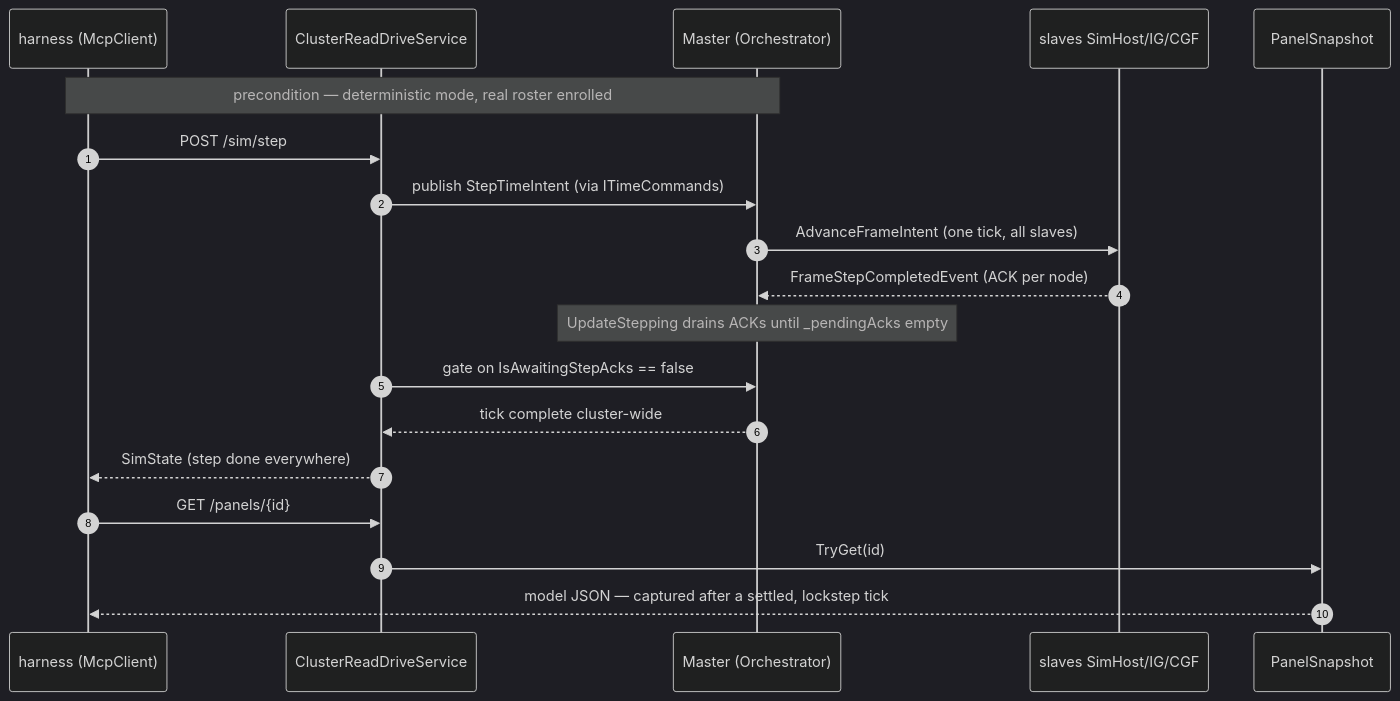
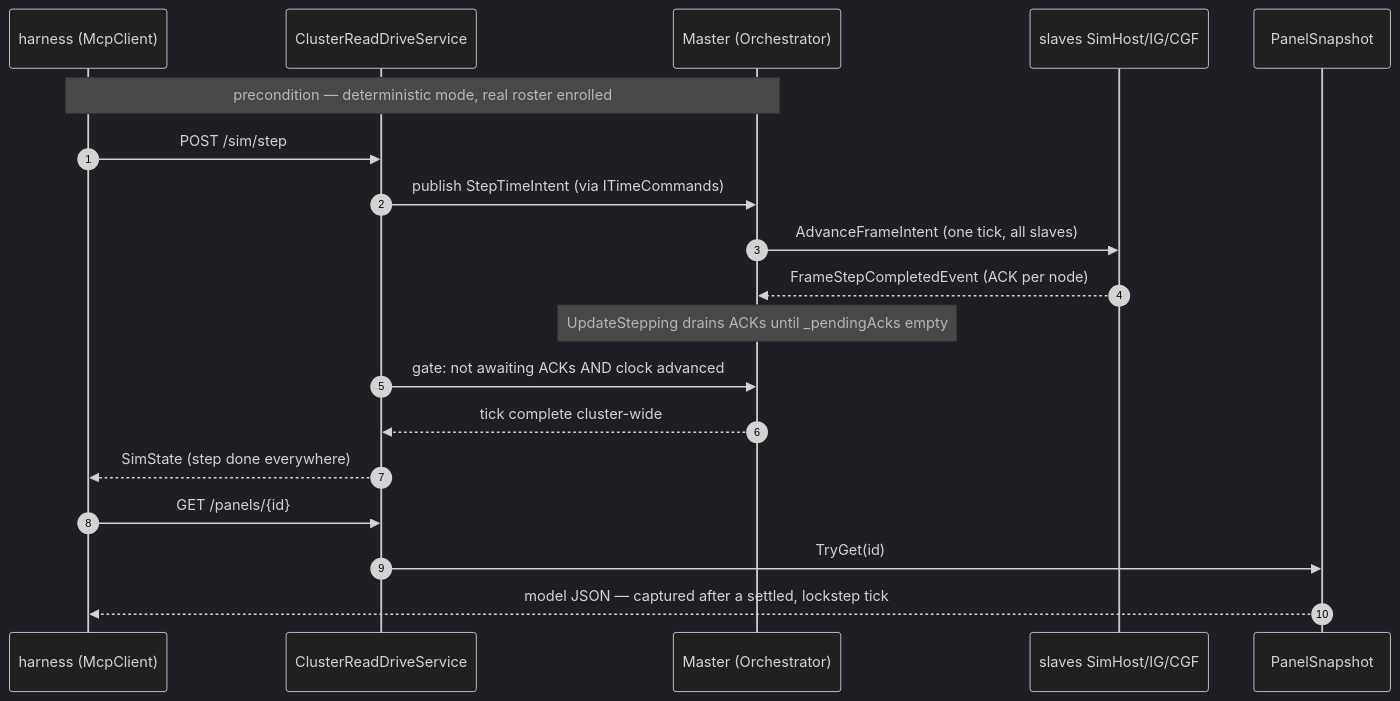
The sixth of 6 diagrams in docs/DESIGN_Headless_Testability.md (pjanec/HROT), drawn with Mermaid (dark theme) before and after one commit. The commit also changed other lines of this file and 9 other files, not shown here.

````diff
--- a/docs/DESIGN_Headless_Testability.md
+++ b/docs/DESIGN_Headless_Testability.md
@@ -340,22 +341,22 @@
 ```mermaid
 sequenceDiagram
     autonumber
     participant H as harness (McpClient)
     participant S as ClusterReadDriveService
     participant M as Master (Orchestrator)
     participant N as slaves SimHost/IG/CGF
     participant P as PanelSnapshot
 
     Note over H,M: precondition — deterministic mode, real roster enrolled
     H->>S: POST /sim/step
     S->>M: publish StepTimeIntent (via ITimeCommands)
     M->>N: AdvanceFrameIntent (one tick, all slaves)
     N-->>M: FrameStepCompletedEvent (ACK per node)
     Note over M: UpdateStepping drains ACKs until _pendingAcks empty
-    S->>M: gate on IsAwaitingStepAcks == false
+    S->>M: gate: not awaiting ACKs AND clock advanced
     M-->>S: tick complete cluster-wide
     S-->>H: SimState (step done everywhere)
     H->>S: GET /panels/{id}
     S->>P: TryGet(id)
     P-->>H: model JSON — captured after a settled, lockstep tick
 ```
````
